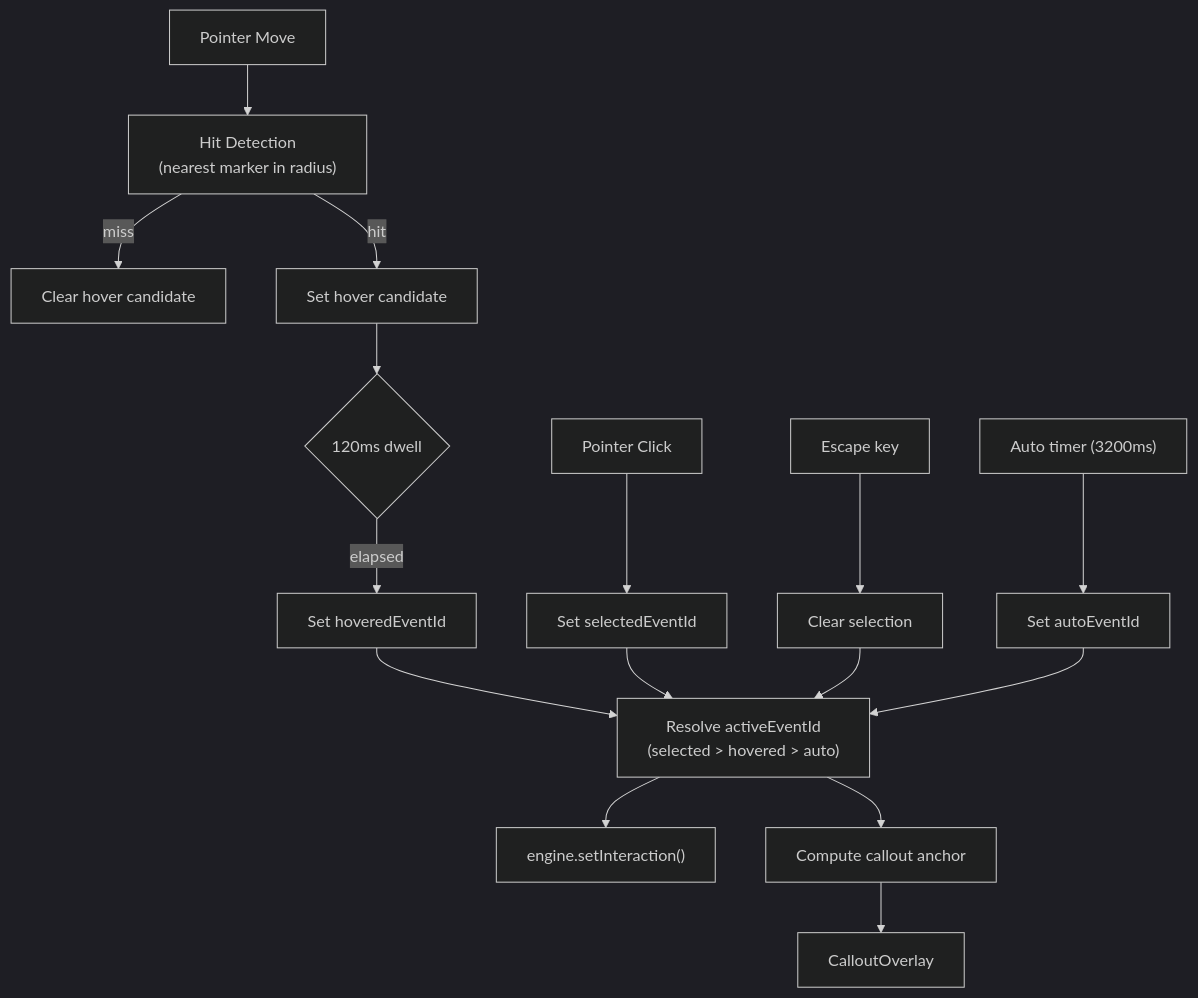
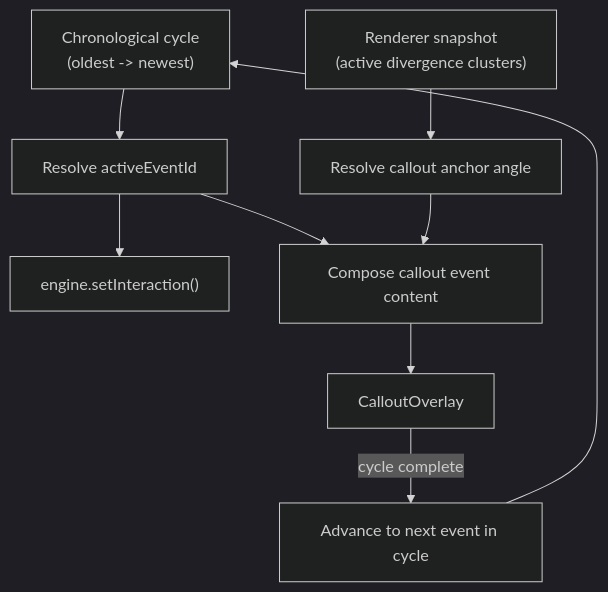
The fourth of 4 diagrams in docs/architecture.md (valuecodes/Rehoboam-UI), drawn with Mermaid (dark theme) before and after one commit. The commit also changed other lines of this file, not shown here.

Commit message:
docs: update architecture.md for clarity and accuracy in event pipeline

````diff
--- a/docs/architecture.md
+++ b/docs/architecture.md
@@ -224,21 +225,11 @@
 ```mermaid
 flowchart TD
-    Pointer["Pointer Move"] --> Hit["Hit Detection\n(nearest marker in radius)"]
-    Hit -->|miss| Clear["Clear hover candidate"]
-    Hit -->|hit| Candidate["Set hover candidate"]
-    Candidate --> Dwell{"120ms dwell"}
-    Dwell -->|elapsed| Hovered["Set hoveredEventId"]
-    Hovered --> Active["Resolve activeEventId\n(selected > hovered > auto)"]
+    Cycle["Chronological cycle\n(oldest -> newest)"] --> Active["Resolve activeEventId"]
+    Clusters["Renderer snapshot\n(active divergence clusters)"] --> Anchor["Resolve callout anchor angle"]
     Active --> EngSync["engine.setInteraction()"]
-    Active --> CalloutTarget["Compute callout anchor"]
+    Active --> CalloutTarget["Compose callout event content"]
+    Anchor --> CalloutTarget
     CalloutTarget --> Overlay["CalloutOverlay"]
-
-    Click["Pointer Click"] --> Select["Set selectedEventId"]
-    Select --> Active
-
-    Escape["Escape key"] --> Deselect["Clear selection"]
-    Deselect --> Active
-
-    AutoCycle["Auto timer (3200ms)"] --> AutoId["Set autoEventId"]
-    AutoId --> Active
+    Overlay -->|cycle complete| NextTarget["Advance to next event in cycle"]
+    NextTarget --> Cycle
 ```
````
